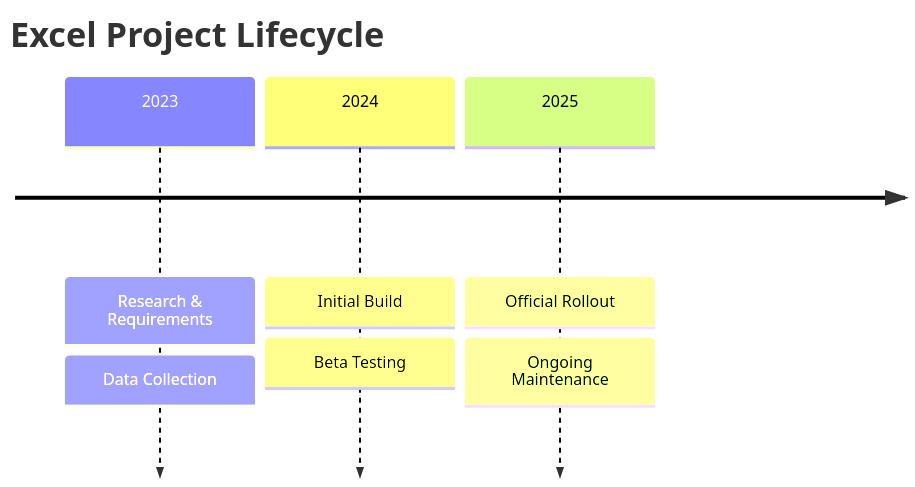
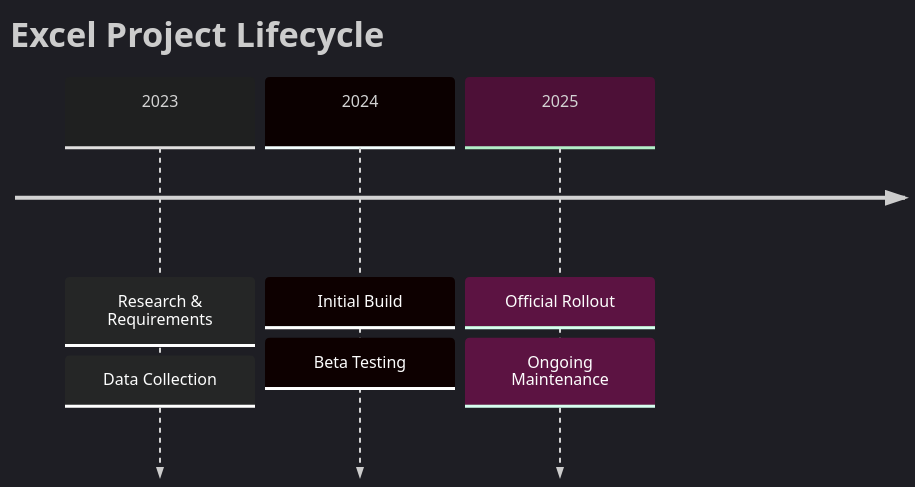
The diagram in mc-git-kb/docs/timelines/technical.md (MPMc-Git/McGitNotes), drawn with Mermaid before and after one commit. The commit also changed 1 other file, not shown here.

Commit message:
dark theme for mermaid?

````diff
--- a/mc-git-kb/docs/timelines/technical.md
+++ b/mc-git-kb/docs/timelines/technical.md
@@ -9,7 +9,8 @@
 ```mermaid
+%%{init: {'theme':'dark'}}%%
 timeline
     title Excel Project Lifecycle
     2023 : Research & Requirements : Data Collection
     2024 : Initial Build : Beta Testing
     2025 : Official Rollout : Ongoing Maintenance
 ```
````
